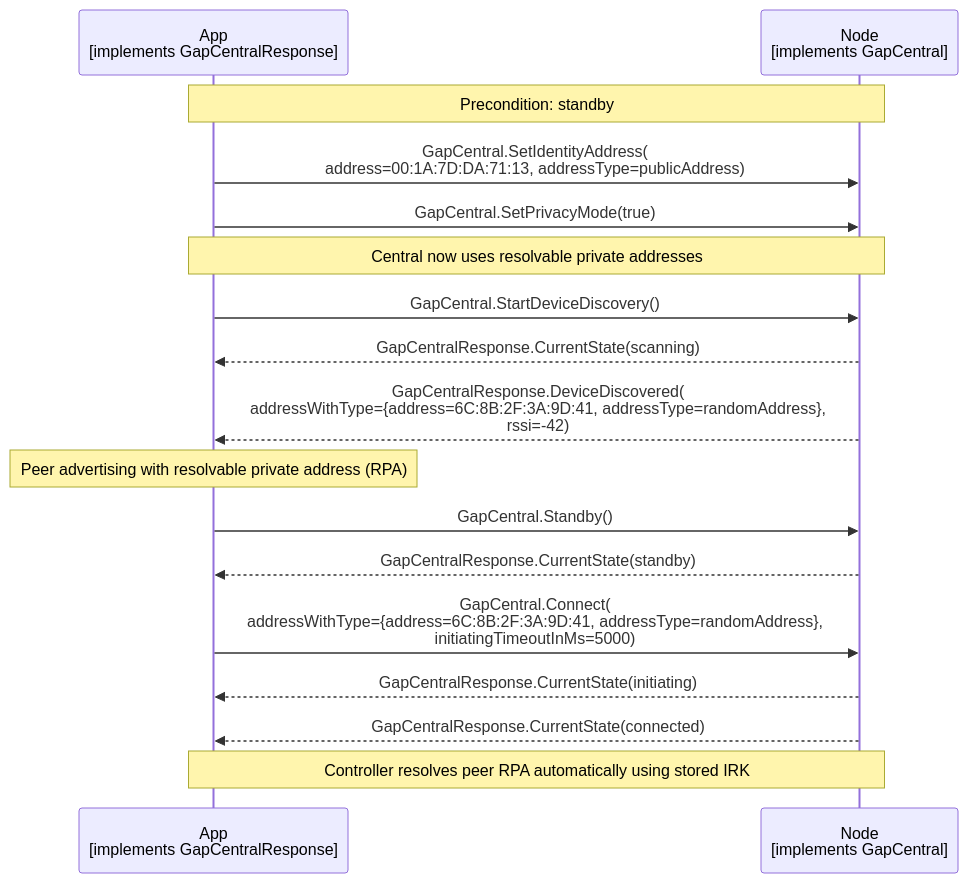
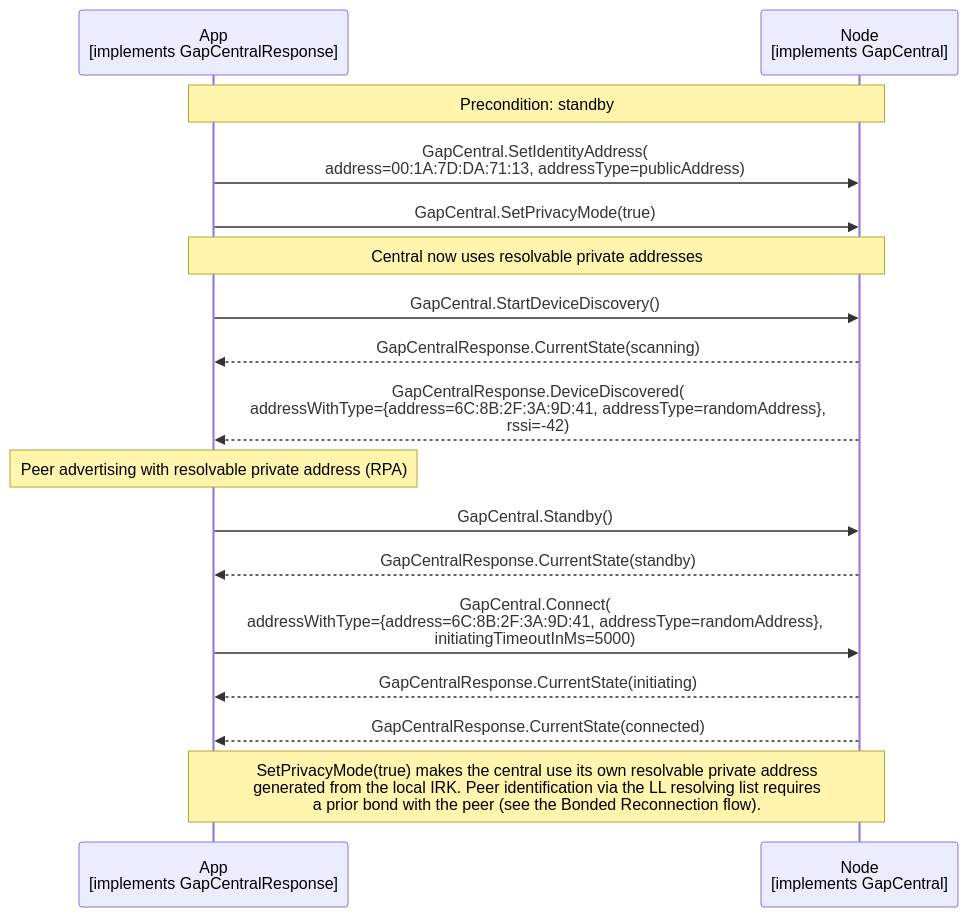
One commit to philips-software/amp-embedded-infra-lib changed the diagram in documents/modules/ROOT/partials/echoservices/gap_central/GapCentral_EnablePrivacy_sequence.mmd. Above: the diagram before and after it, drawn with Mermaid.

Commit message:
correct privacy comment

```diff
--- a/documents/modules/ROOT/partials/echoservices/gap_central/GapCentral_EnablePrivacy_sequence.mmd
+++ b/documents/modules/ROOT/partials/echoservices/gap_central/GapCentral_EnablePrivacy_sequence.mmd
@@ -1,25 +1,25 @@
 sequenceDiagram
     participant App as App<br>[implements GapCentralResponse]
     participant Node as Node<br>[implements GapCentral]
 
     Note over App, Node: Precondition: standby
 
     App->>Node: GapCentral.SetIdentityAddress(<br>address=00:1A:7D:DA:71:13, addressType=publicAddress)
     App->>Node: GapCentral.SetPrivacyMode(true)
 
     Note over App, Node: Central now uses resolvable private addresses
 
     App->>Node: GapCentral.StartDeviceDiscovery()
     Node-->>App: GapCentralResponse.CurrentState(scanning)
     Node-->>App: GapCentralResponse.DeviceDiscovered(<br>addressWithType={address=6C:8B:2F:3A:9D:41, addressType=randomAddress},<br>rssi=-42)
 
     Note over App: Peer advertising with resolvable private address (RPA)
 
     App->>Node: GapCentral.Standby()
     Node-->>App: GapCentralResponse.CurrentState(standby)
 
     App->>Node: GapCentral.Connect(<br>addressWithType={address=6C:8B:2F:3A:9D:41, addressType=randomAddress},<br>initiatingTimeoutInMs=5000)
     Node-->>App: GapCentralResponse.CurrentState(initiating)
     Node-->>App: GapCentralResponse.CurrentState(connected)
 
-    Note over App, Node: Controller resolves peer RPA automatically using stored IRK
+    Note over App, Node: SetPrivacyMode(true) makes the central use its own resolvable private address<br>generated from the local IRK. Peer identification via the LL resolving list requires<br>a prior bond with the peer (see the Bonded Reconnection flow).
```
